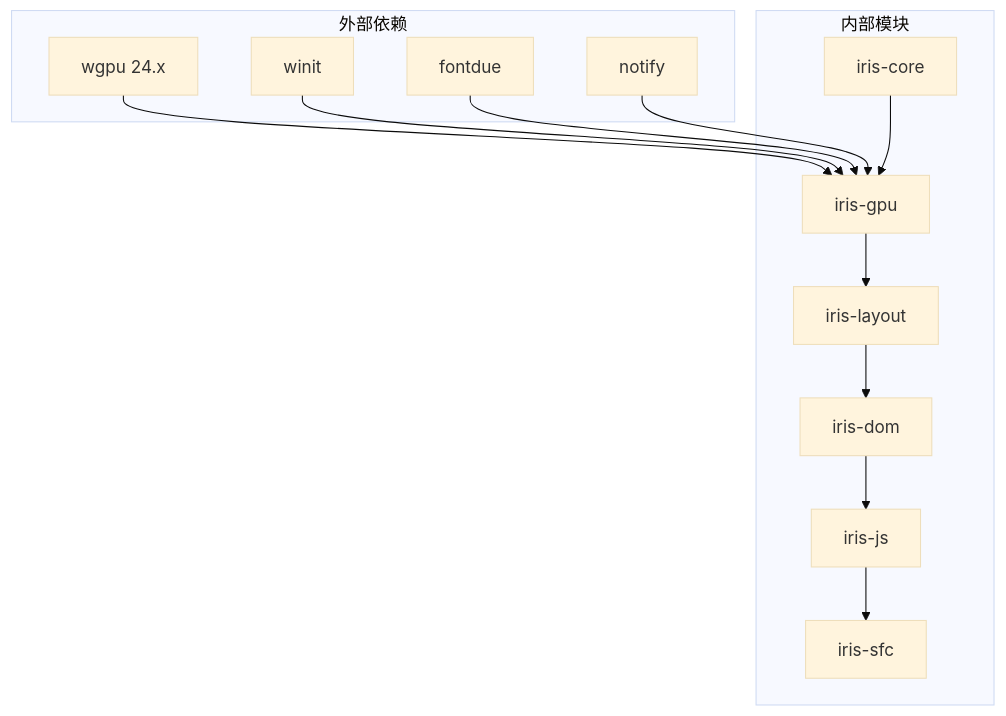
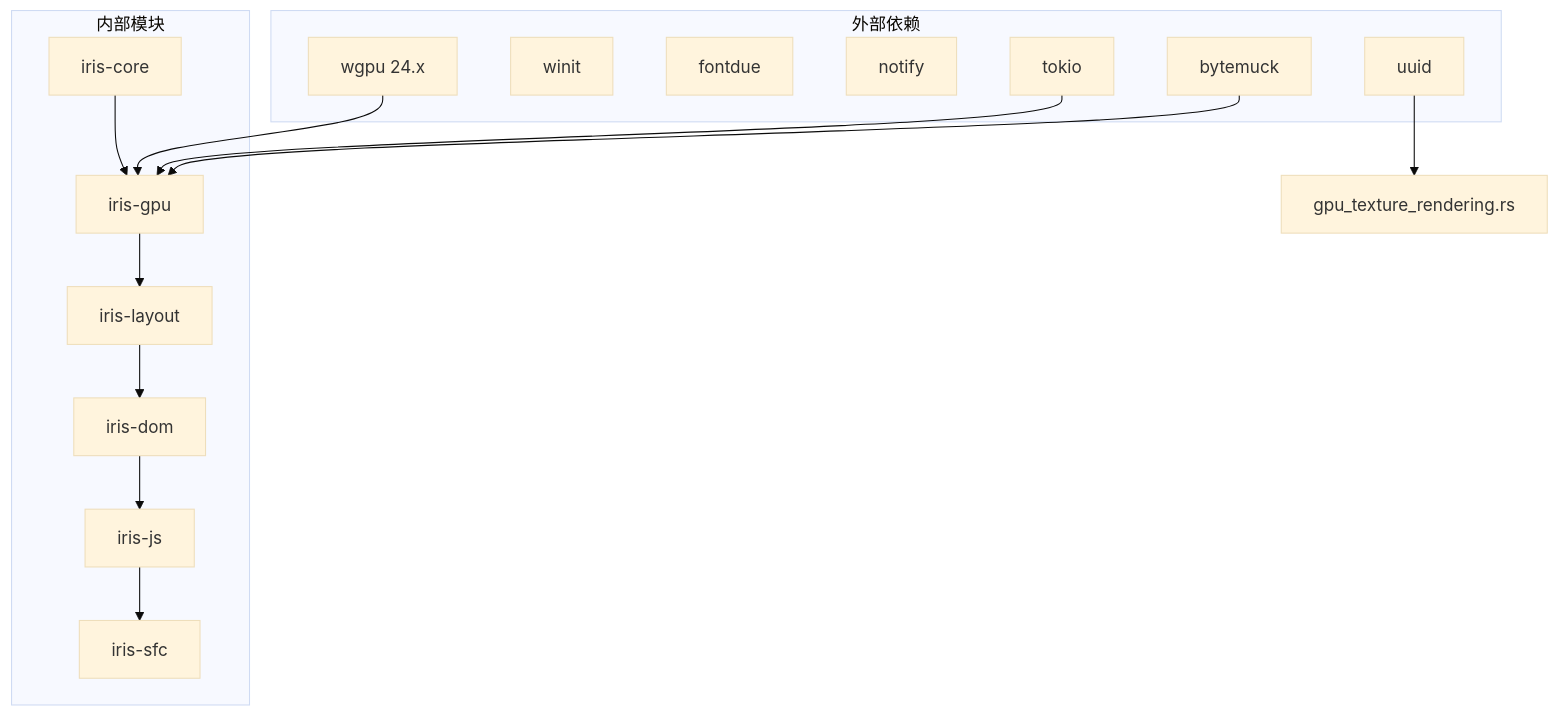
Before and after one commit to itszzl-sudo/iris: the ninth of 11 diagrams in .qoder/repowiki/zh/content/技术架构详解/WebGPU渲染引擎/纹理渲染管线集成指南.md, drawn with Mermaid (base theme). The commit also changed other lines of this file and 4 other files, not shown here.

````diff
--- a/.qoder/repowiki/zh/content/技术架构详解/WebGPU渲染引擎/纹理渲染管线集成指南.md
+++ b/.qoder/repowiki/zh/content/技术架构详解/WebGPU渲染引擎/纹理渲染管线集成指南.md
@@ -273,26 +417,29 @@
 ```mermaid
 graph TB
 subgraph "外部依赖"
 A[wgpu 24.x]
 B[winit]
 C[fontdue]
 D[notify]
+E[tokio]
+F[bytemuck]
+G[uuid]
 end
 subgraph "内部模块"
-E[iris-core]
-F[iris-gpu]
-G[iris-layout]
-H[iris-dom]
-I[iris-js]
-J[iris-sfc]
+H[iris-core]
+I[iris-gpu]
+J[iris-layout]
+K[iris-dom]
+L[iris-js]
+M[iris-sfc]
 end
-A --> F
-B --> F
-C --> F
-D --> F
-E --> F
-F --> G
-G --> H
+A --> I
+E --> I
+F --> I
+G --> N[gpu_texture_rendering.rs]
 H --> I
 I --> J
+J --> K
+K --> L
+L --> M
 ```
````
